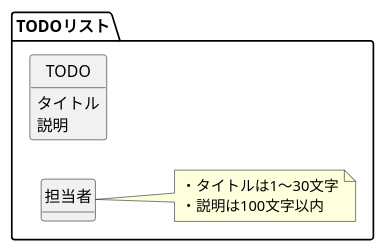
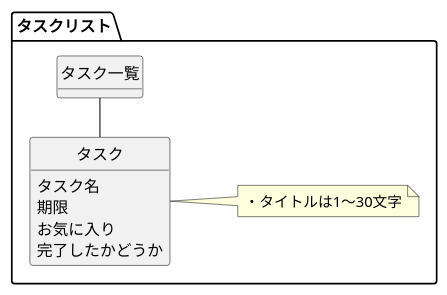
One commit to fumiakikobayashi/go-echo-rest-api-sample changed the diagram in document/ドメインモデル図.puml. Above: the diagram before and after it, drawn with PlantUML. The commit also changed 3 other files, not shown here.

```diff
--- a/document/ドメインモデル図.puml
+++ b/document/ドメインモデル図.puml
@@ -1,15 +1,21 @@
 @startuml
 left to right direction
 
 hide circle
 hide method
 
-package TODOリスト {
-    class TODO
-    class 担当者
+package タスクリスト {
+    class タスク一覧 {
+    }
 
-    note right: ・タイトルは1〜30文字\n・説明は100文字以内
-    TODO : タイトル
-    TODO : 説明
+    class タスク {
+        タスク名
+        期限
+        お気に入り
+        完了したかどうか
+    }
+    note right: ・タイトルは1〜30文字
+
+    タスク - タスク一覧
 }
 @enduml
```
